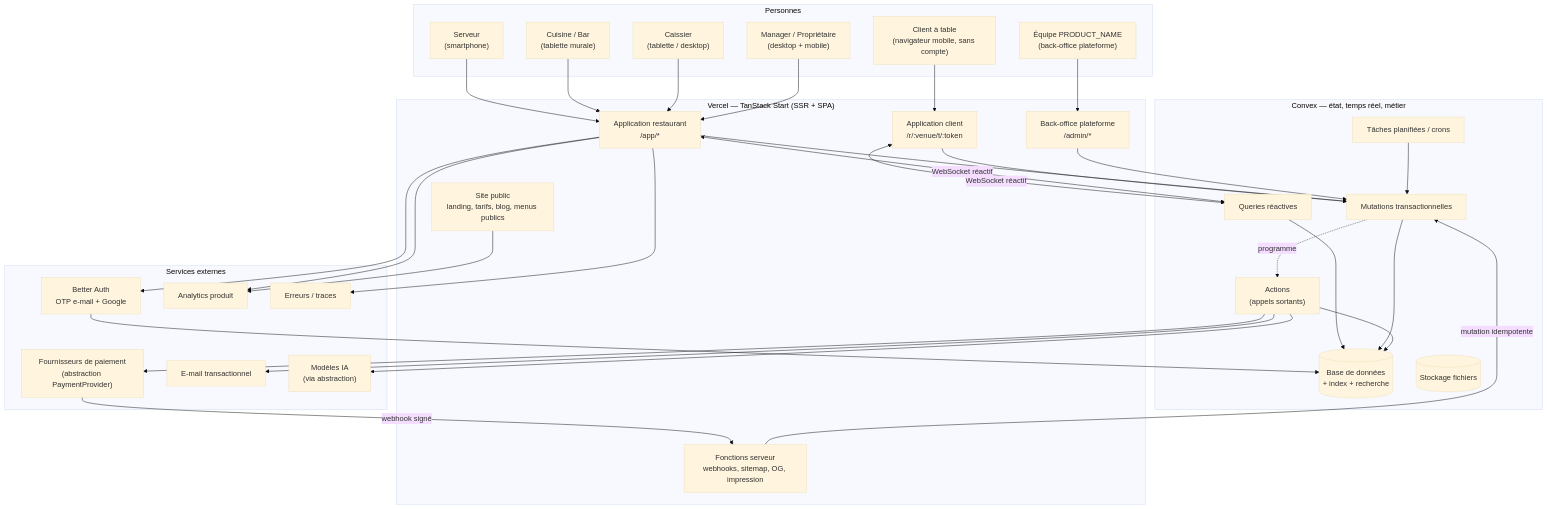
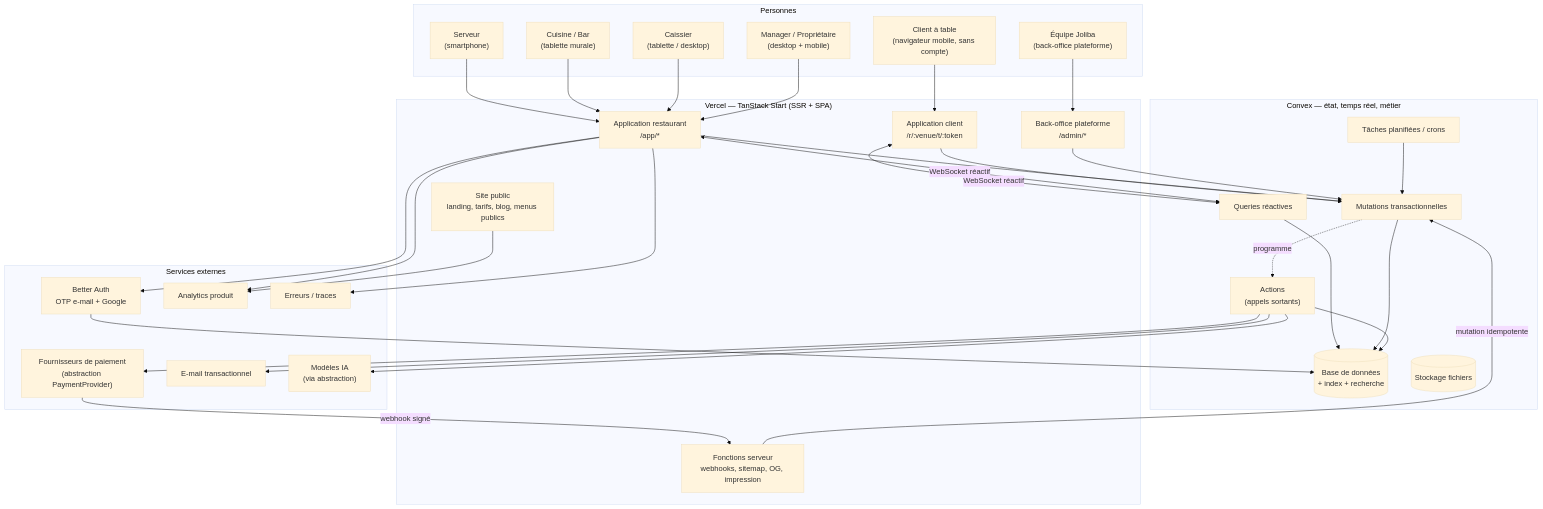
One commit to James10192/Restaurant-management changed the first of 11 diagrams in ARCHITECTURE.md. Above: the diagram before and after it, drawn with Mermaid (base theme). The commit also changed other lines of this file and 28 other files, not shown here.

````diff
--- a/ARCHITECTURE.md
+++ b/ARCHITECTURE.md
@@ -11,67 +11,67 @@
 ```mermaid
 graph TB
     subgraph clients["Personnes"]
         G["Client à table<br/>(navigateur mobile, sans compte)"]
         W["Serveur<br/>(smartphone)"]
         K["Cuisine / Bar<br/>(tablette murale)"]
         C["Caissier<br/>(tablette / desktop)"]
         M["Manager / Propriétaire<br/>(desktop + mobile)"]
-        P["Équipe PRODUCT_NAME<br/>(back-office plateforme)"]
+        P["Équipe Joliba<br/>(back-office plateforme)"]
     end
 
     subgraph edge["Vercel — TanStack Start (SSR + SPA)"]
         PUB["Site public<br/>landing, tarifs, blog, menus publics"]
         GUEST["Application client<br/>/r/:venue/t/:token"]
         APP["Application restaurant<br/>/app/*"]
         ADMIN["Back-office plateforme<br/>/admin/*"]
         SRV["Fonctions serveur<br/>webhooks, sitemap, OG, impression"]
     end
 
     subgraph convex["Convex — état, temps réel, métier"]
         Q["Queries réactives"]
         MU["Mutations transactionnelles"]
         ACT["Actions<br/>(appels sortants)"]
         SCH["Tâches planifiées / crons"]
         DB[("Base de données<br/>+ index + recherche")]
         FILES[("Stockage fichiers")]
     end
 
     subgraph ext["Services externes"]
         AUTH["Better Auth<br/>OTP e-mail + Google"]
         PSP["Fournisseurs de paiement<br/>(abstraction PaymentProvider)"]
         MAIL["E-mail transactionnel"]
         LLM["Modèles IA<br/>(via abstraction)"]
         ANA["Analytics produit"]
         OBS["Erreurs / traces"]
     end
 
     G --> GUEST
     W --> APP
     K --> APP
     C --> APP
     M --> APP
     P --> ADMIN
 
     GUEST <-->|"WebSocket réactif"| Q
     APP <-->|"WebSocket réactif"| Q
     GUEST --> MU
     APP --> MU
     ADMIN --> MU
 
     Q --> DB
     MU --> DB
     ACT --> DB
     SCH --> MU
     ACT --> PSP
     ACT --> MAIL
     ACT --> LLM
     MU -.->|"programme"| ACT
 
     PSP -->|"webhook signé"| SRV
     SRV -->|"mutation idempotente"| MU
     APP --> AUTH
     AUTH --> DB
     APP --> ANA
     PUB --> ANA
     APP --> OBS
 ```
````
